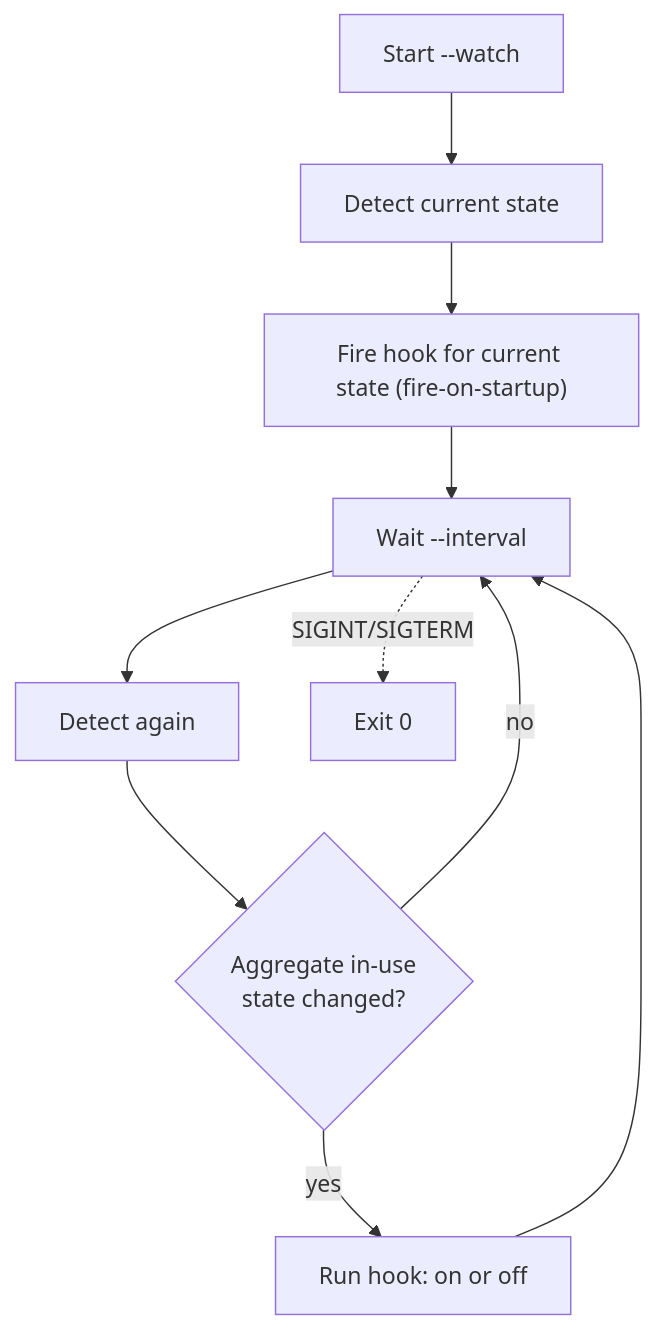
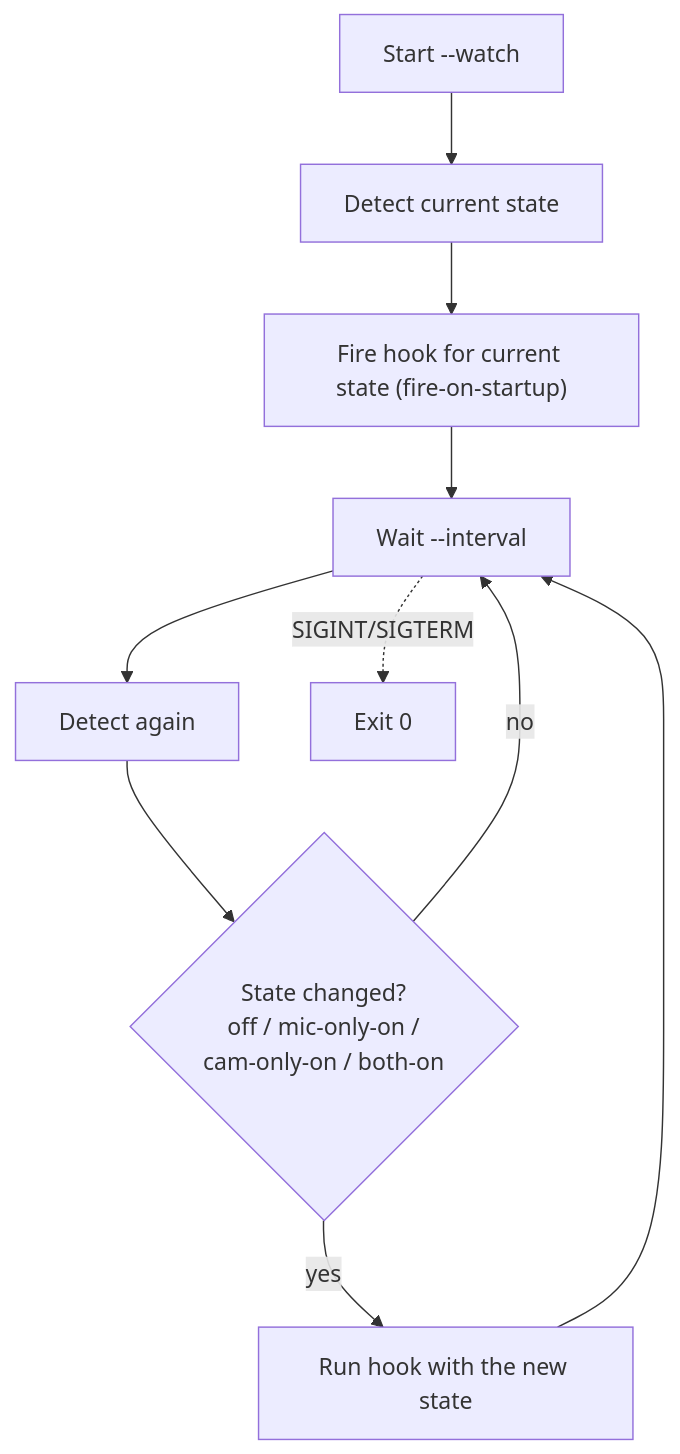
The third of 3 diagrams in README.md (emergingrobotics/gocamdet), drawn with Mermaid before and after one commit. The commit also changed other lines of this file and 2 other files, not shown here.

````diff
--- a/README.md
+++ b/README.md
@@ -254,12 +369,12 @@
 ```mermaid
 flowchart TD
     Start[Start --watch] --> Detect0[Detect current state]
     Detect0 --> Fire0["Fire hook for current state (fire-on-startup)"]
     Fire0 --> Wait[Wait --interval]
     Wait --> Detect[Detect again]
-    Detect --> Changed{Aggregate in-use<br/>state changed?}
-    Changed -- yes --> Fire[Run hook: on or off]
+    Detect --> Changed{State changed?<br/>off / mic-only-on /<br/>cam-only-on / both-on}
+    Changed -- yes --> Fire[Run hook with the new state]
     Fire --> Wait
     Changed -- no --> Wait
     Wait -. SIGINT/SIGTERM .-> Stop[Exit 0]
 ```
````
